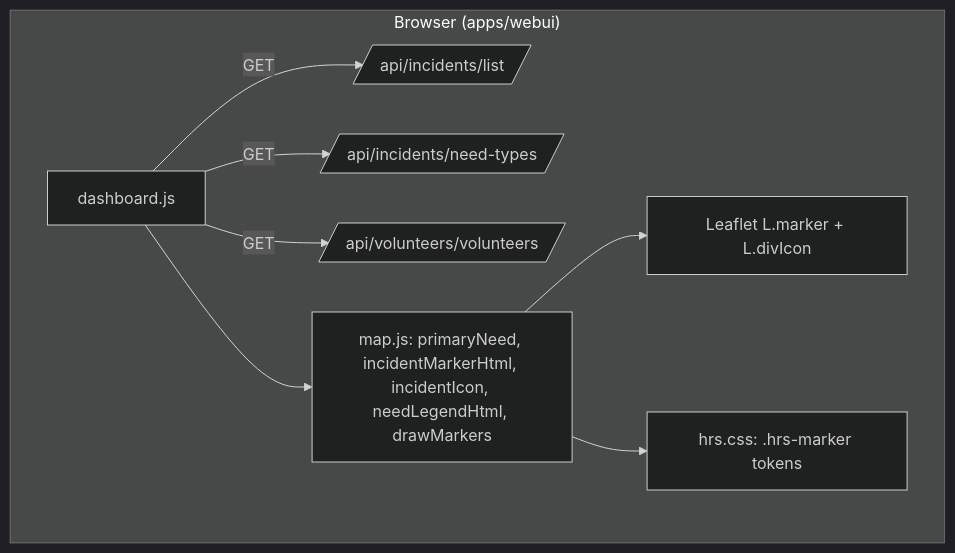
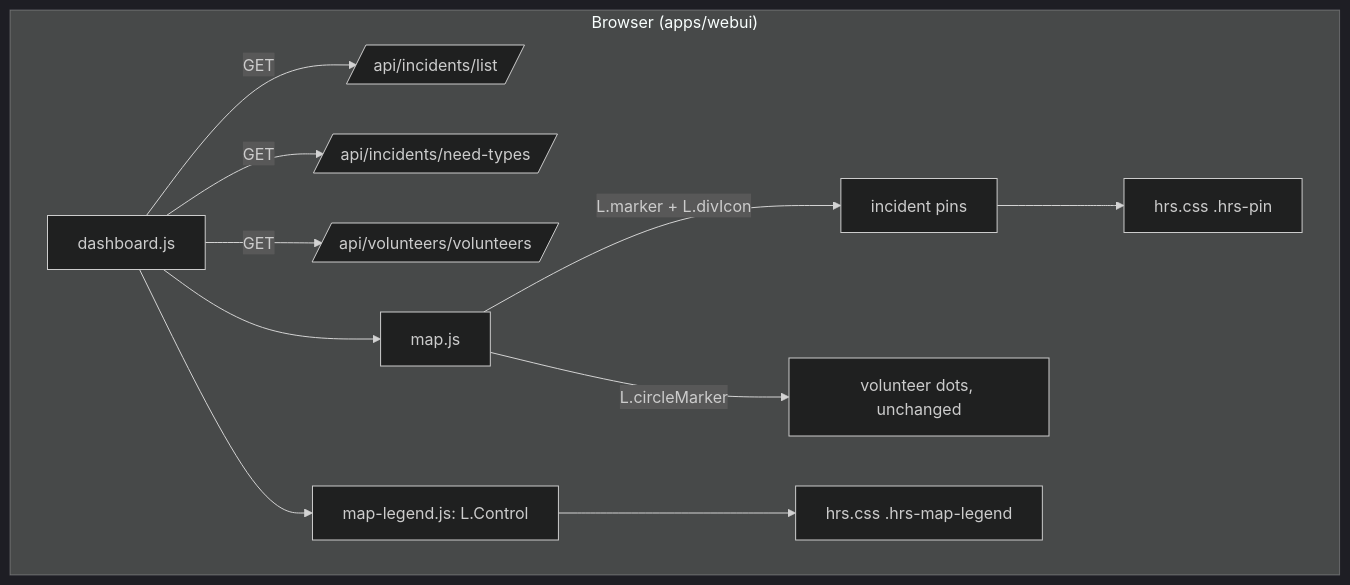
One commit to skfarhad/hazard_reporting_system changed the diagram in agent-os/specs/2026-11-04-need-type-map-icons/spec.md. Above: the diagram before and after it, drawn with Mermaid (dark theme). The commit also changed other lines of this file and 3 other files, not shown here.

Commit message:
chore(need-type-map-icons): plan teardrop need pins and on-map legend

````diff
--- a/agent-os/specs/2026-11-04-need-type-map-icons/spec.md
+++ b/agent-os/specs/2026-11-04-need-type-map-icons/spec.md
@@ -49,11 +66,14 @@
 ```mermaid
 graph TB
     subgraph "Browser (apps/webui)"
         D[dashboard.js] -->|GET| A1[/api/incidents/list/]
         D -->|GET| A2[/api/incidents/need-types/]
         D -->|GET| A3[/api/volunteers/volunteers/]
-        D --> M[map.js: primaryNeed, incidentMarkerHtml, incidentIcon, needLegendHtml, drawMarkers]
-        M --> L[Leaflet L.marker + L.divIcon]
-        M --> C[hrs.css: .hrs-marker tokens]
+        D --> M[map.js]
+        M -->|L.marker + L.divIcon| P[incident pins]
+        M -->|L.circleMarker| V[volunteer dots, unchanged]
+        D --> LG[map-legend.js: L.Control]
+        P --> C[hrs.css .hrs-pin]
+        LG --> C2[hrs.css .hrs-map-legend]
     end
 ```
````
